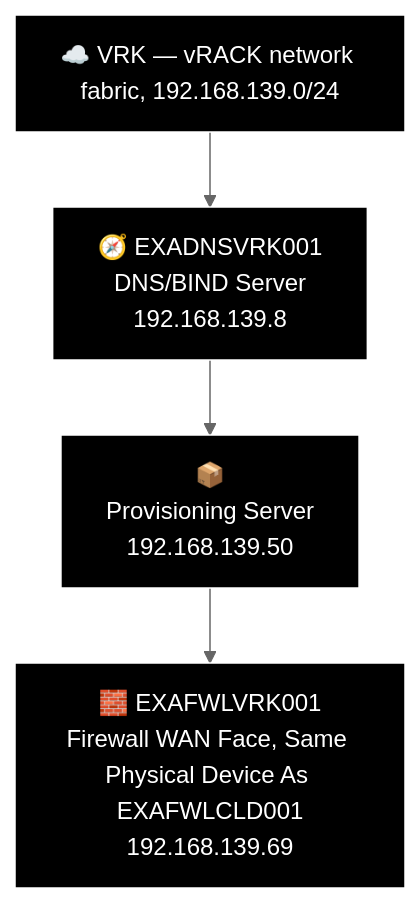
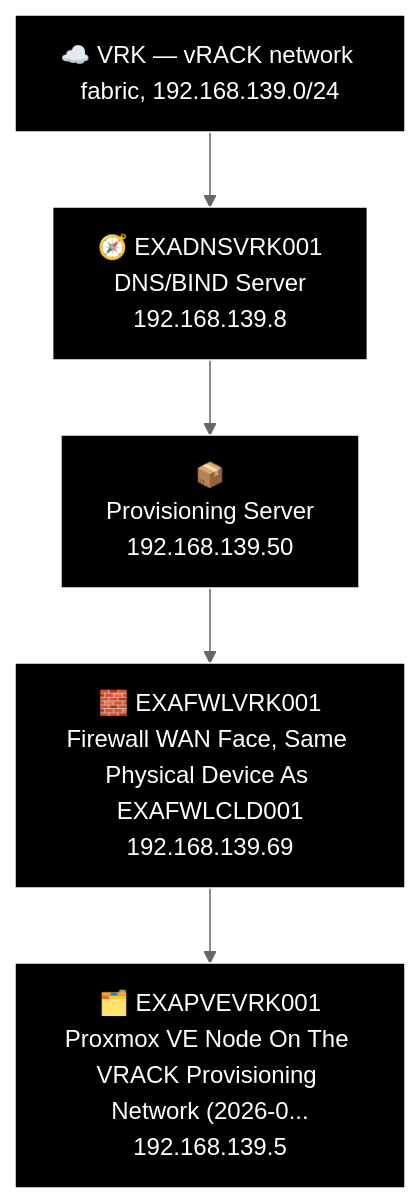
Before and after one commit to knightmare2600/example_music_infra: the diagram in docs/network-diagram/vrk.md, drawn with Mermaid (neutral theme). The commit also changed 4 other files, not shown here.

````diff
--- a/docs/network-diagram/vrk.md
+++ b/docs/network-diagram/vrk.md
@@ -31,15 +31,17 @@
 ```mermaid
 %% GENERATED:TOPOLOGY:VRK:START
 %%{init: {'flowchart': {'curve': 'stepAfter'}}}%%
 graph TD
     T_VRK["☁️ VRK — vRACK network fabric, 192.168.139.0/24"]
     T_DNS["🧭 EXADNSVRK001<br/>DNS/BIND Server<br/>192.168.139.8"]
     T_TMP["📦<br/>Provisioning Server<br/>192.168.139.50"]
     T_FWL["🧱 EXAFWLVRK001<br/>Firewall WAN Face, Same Physical Device As EXAFWLCLD001<br/>192.168.139.69"]
-    T_VRK --> T_DNS --> T_TMP --> T_FWL
+    T_PVE["🗂️ EXAPVEVRK001<br/>Proxmox VE Node On The VRACK Provisioning Network (2026-0...<br/>192.168.139.5"]
+    T_VRK --> T_DNS --> T_TMP --> T_FWL --> T_PVE
     style T_VRK fill:#000000,stroke:#FFFFFF,color:#FFFFFF
     style T_DNS fill:#000000,stroke:#FFFFFF,color:#FFFFFF
     style T_TMP fill:#000000,stroke:#FFFFFF,color:#FFFFFF
     style T_FWL fill:#000000,stroke:#FFFFFF,color:#FFFFFF
+    style T_PVE fill:#000000,stroke:#FFFFFF,color:#FFFFFF
 %% GENERATED:TOPOLOGY:VRK:END
 ```
````
